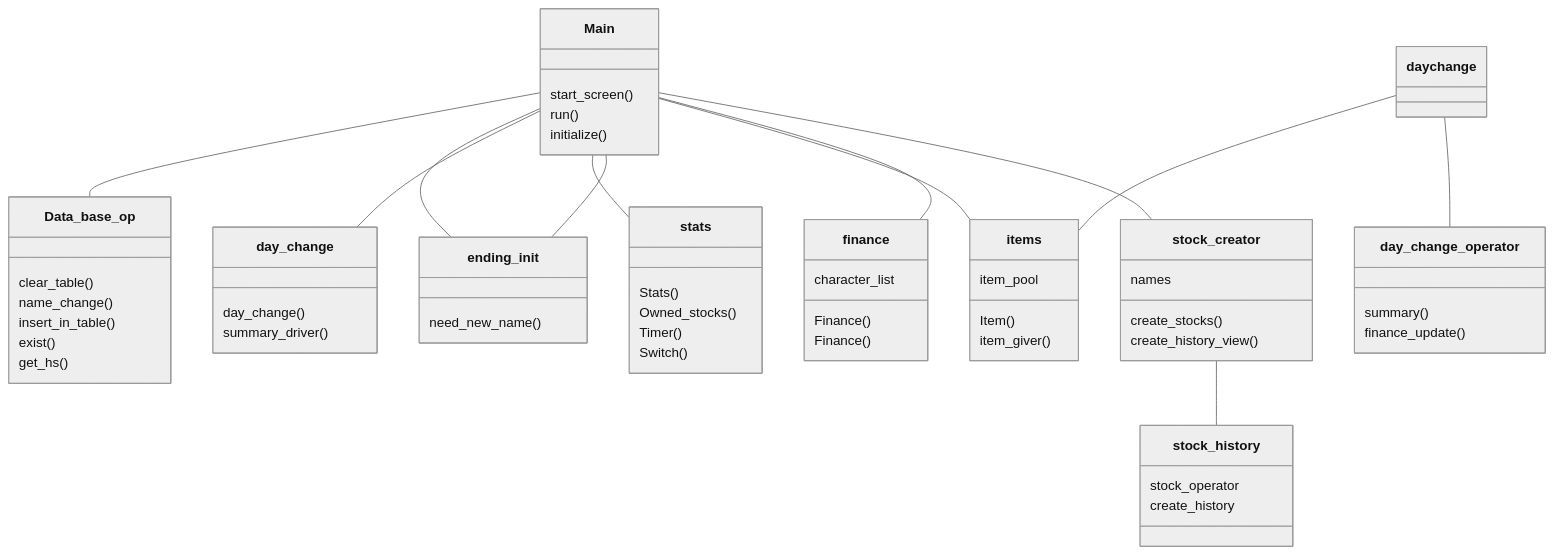
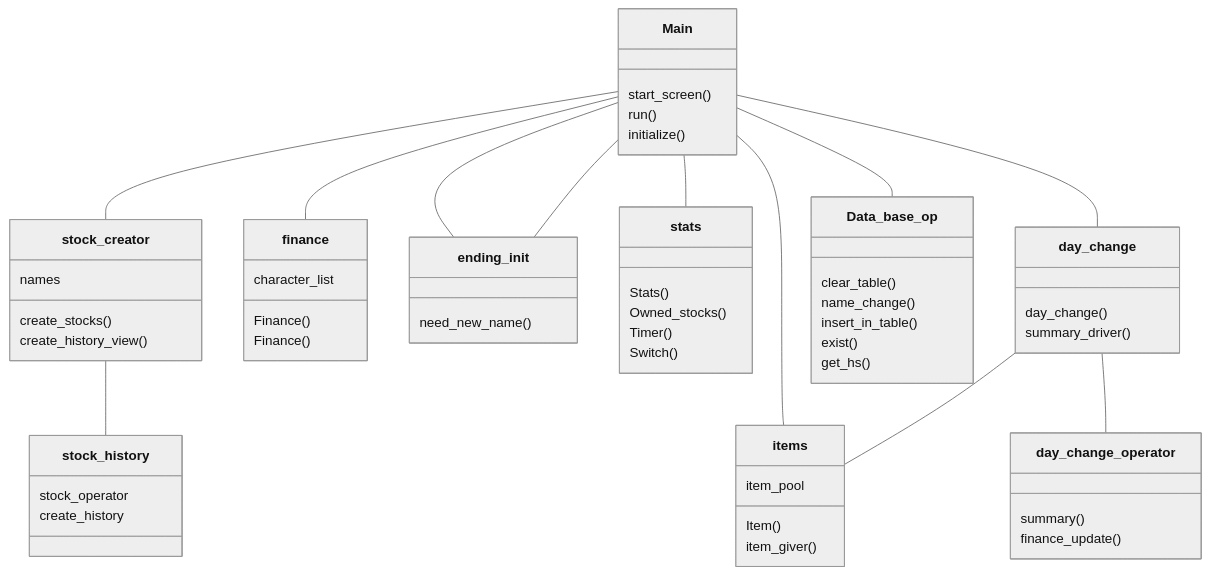
Before and after one commit to sepaww/ot-harjoitustyo: the second of 6 diagrams in dokumentaatio/arkkitehtuuri.md, drawn with Mermaid (neutral theme).

````diff
--- a/dokumentaatio/arkkitehtuuri.md
+++ b/dokumentaatio/arkkitehtuuri.md
@@ -103,73 +103,73 @@
  ```mermaid
  classDiagram
       Main -- stock_creator
        Main -- finance
         Main -- items
          
          Main -- ending_init
          Main -- stats
          Main -- day_change
          Main -- ending_init
          Main -- Data_base_op
-         daychange -- day_change_operator
-         daychange -- items
+         day_change -- day_change_operator
+         day_change -- items
       class Main{
           start_screen()
           run()
           initialize()
       }
       class items{
           Item()
           item_pool
           item_giver()
       }
       stock_creator -- stock_history
       class stock_creator{
           names
           create_stocks()
           create_history_view()
           
       }
       
       class stock_history{
           stock_operator
           create_history
           
       }
       
       class Data_base_op{
           clear_table()
           name_change()
           insert_in_table()
           exist()
           get_hs()
           
       }
       
       class finance{
           Finance()
       }
       class stats{
       Stats()
       Owned_stocks()
       Timer()
       Switch()
           
       }
       class finance{
       character_list
       Finance()
       }
       class day_change{
       day_change()
       summary_driver()
       }
       class day_change_operator{
       summary()
       finance_update()
       }
       class ending_init{
       need_new_name()
       }
       
 ```
````
